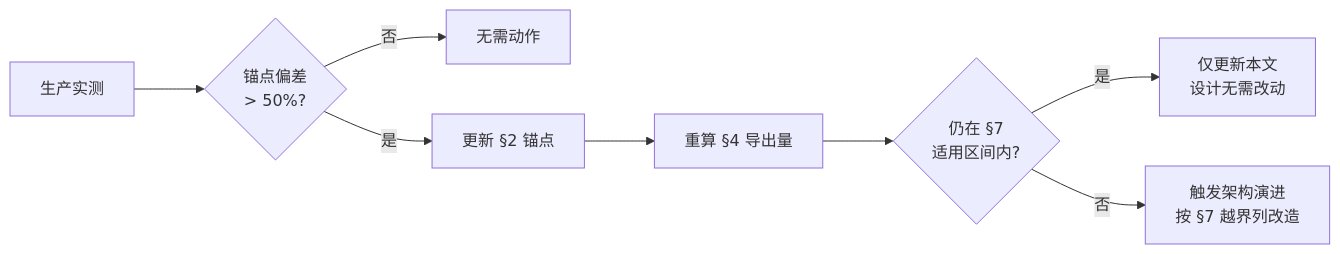
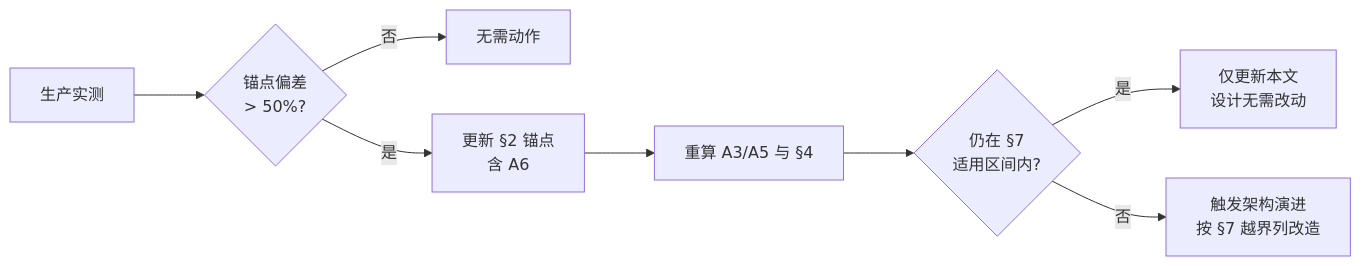
The third of 3 diagrams in docs/requirements/parameters.md (charleslyh/nova-chat), drawn with Mermaid before and after one commit. The commit also changed other lines of this file and 72 other files, not shown here.

````diff
--- a/docs/requirements/parameters.md
+++ b/docs/requirements/parameters.md
@@ -274,11 +320,11 @@
 ```mermaid
 %%{init: {"flowchart": {"curve": "basis", "rankSpacing": 70}}}%%
 flowchart LR
     M["生产实测"] --> C{"锚点偏差<br/>&gt; 50%?"}
     C -->|否| K["无需动作"]
-    C -->|是| U["更新 §2 锚点"]
-    U --> R["重算 §4 导出量"]
+    C -->|是| U["更新 §2 锚点<br/>含 A6"]
+    U --> R["重算 A3/A5 与 §4"]
     R --> V{"仍在 §7<br/>适用区间内?"}
     V -->|是| D["仅更新本文<br/>设计无需改动"]
     V -->|否| A["触发架构演进<br/>按 §7 越界列改造"]
 ```
````
